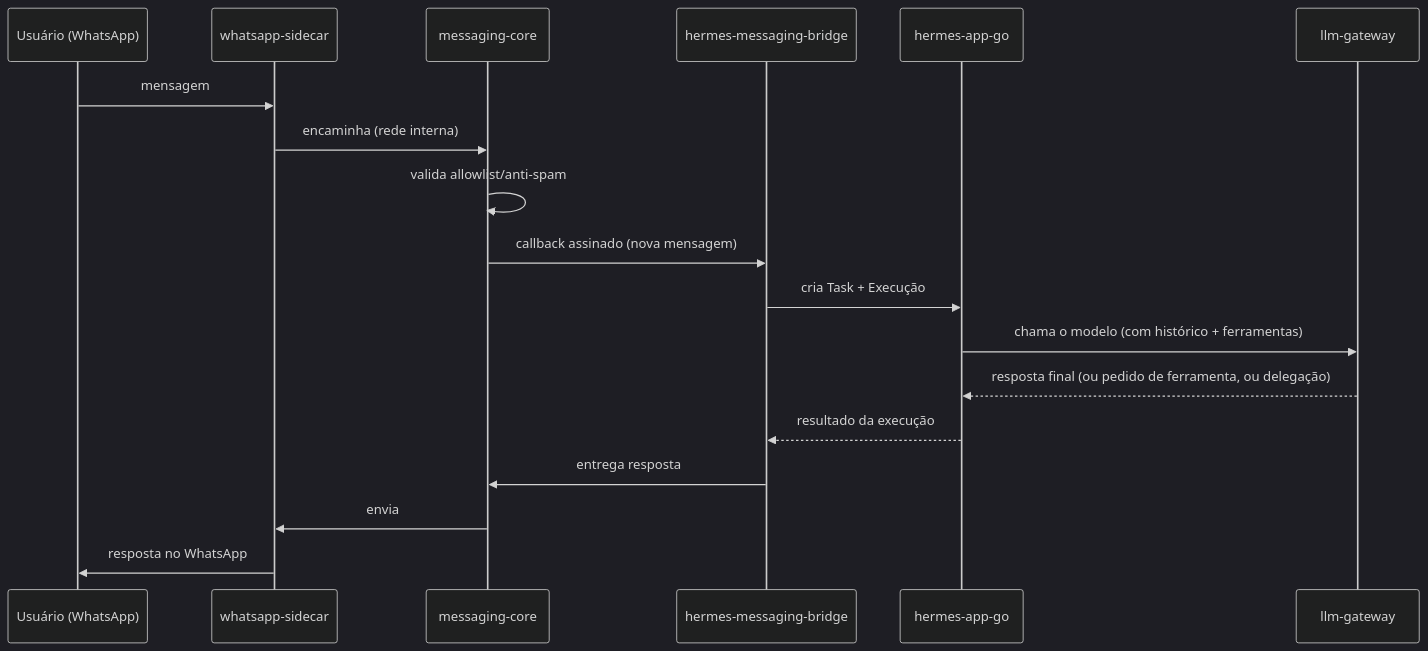
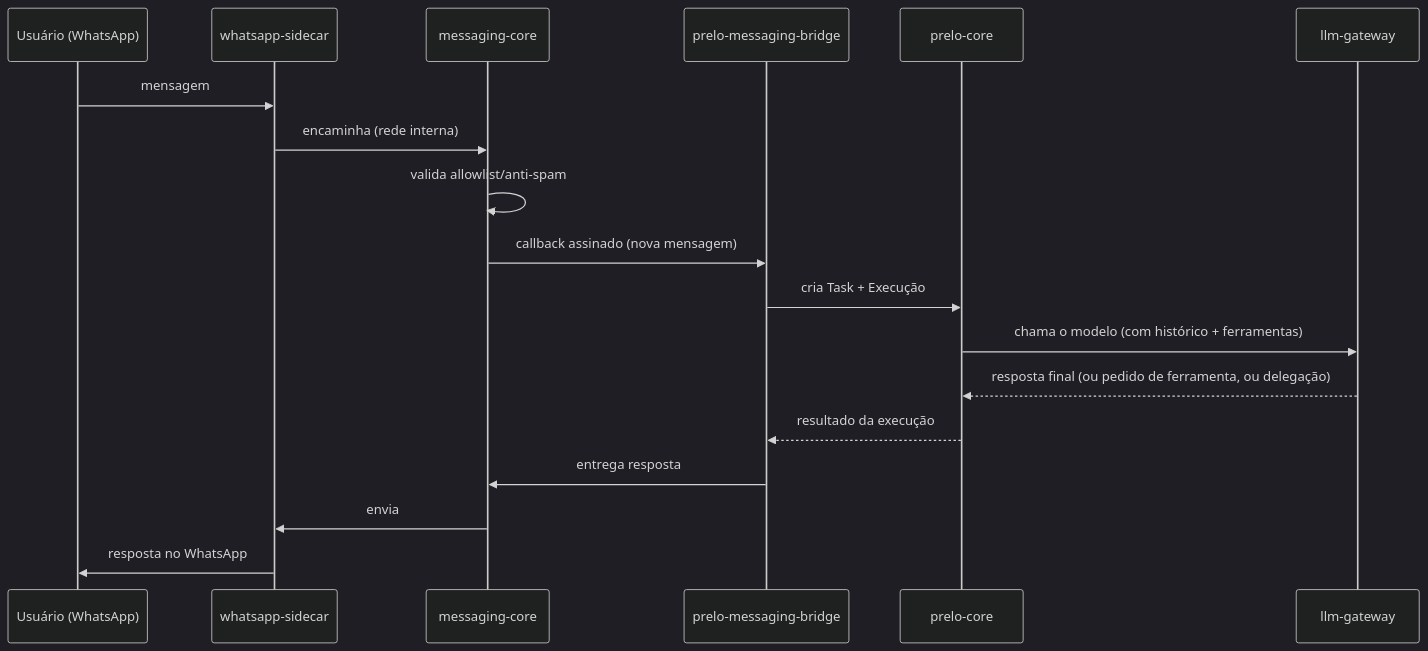
Before and after one commit to exotermo/Prelo-Control: the second of 2 diagrams in docs/ARQUITETURA_RESUMO.md, drawn with Mermaid (dark theme). The commit also changed other lines of this file and 18 other files, not shown here.

Commit message:
docs: renomeia a documentação de Hermes para Prelo Control

````diff
--- a/docs/ARQUITETURA_RESUMO.md
+++ b/docs/ARQUITETURA_RESUMO.md
@@ -144,21 +144,21 @@
 ```mermaid
 sequenceDiagram
     participant U as Usuário (WhatsApp)
     participant S as whatsapp-sidecar
     participant C as messaging-core
-    participant B as hermes-messaging-bridge
-    participant H as hermes-app-go
+    participant B as prelo-messaging-bridge
+    participant H as prelo-core
     participant G as llm-gateway
 
     U->>S: mensagem
     S->>C: encaminha (rede interna)
     C->>C: valida allowlist/anti-spam
     C->>B: callback assinado (nova mensagem)
     B->>H: cria Task + Execução
     H->>G: chama o modelo (com histórico + ferramentas)
     G-->>H: resposta final (ou pedido de ferramenta, ou delegação)
     H-->>B: resultado da execução
     B->>C: entrega resposta
     C->>S: envia
     S->>U: resposta no WhatsApp
 ```
````
